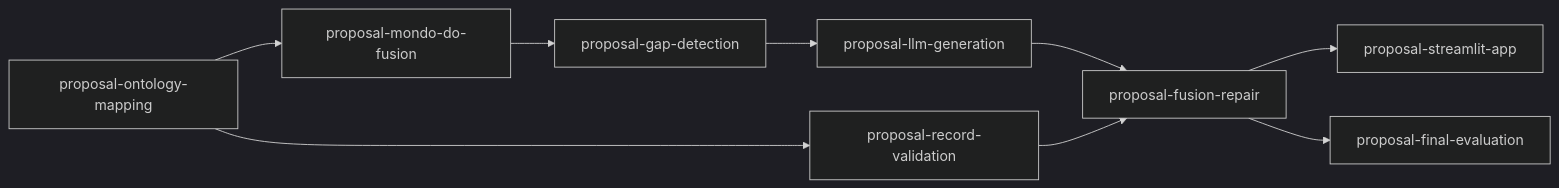
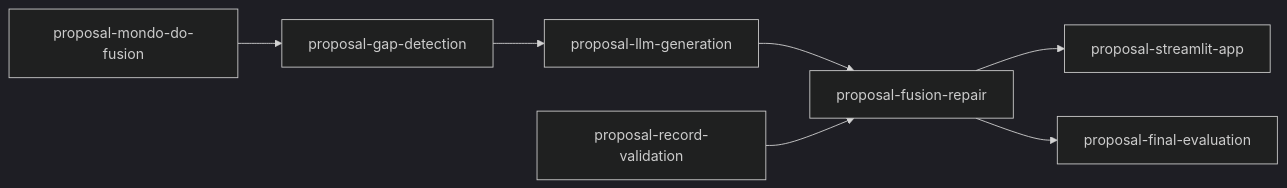
One commit to joe-dartmouth/synthetic changed the diagram in tasks/proposal-index.md. Above: the diagram before and after it, drawn with Mermaid (dark theme). The commit also changed other lines of this file and 36 other files, not shown here.

First line of the commit message:
Load MONDO and HPO and map them to UCI fields (proposal-ontology-mapping) (#9)

````diff
--- a/tasks/proposal-index.md
+++ b/tasks/proposal-index.md
@@ -21,11 +20,9 @@
 ```mermaid
 flowchart LR
-    ontology_mapping[proposal-ontology-mapping] --> mondo_do_fusion[proposal-mondo-do-fusion]
     mondo_do_fusion[proposal-mondo-do-fusion] --> gap_detection[proposal-gap-detection]
     gap_detection[proposal-gap-detection] --> llm_generation[proposal-llm-generation]
-    ontology_mapping[proposal-ontology-mapping] --> record_validation[proposal-record-validation]
     llm_generation[proposal-llm-generation] --> fusion_repair[proposal-fusion-repair]
     record_validation[proposal-record-validation] --> fusion_repair[proposal-fusion-repair]
     fusion_repair[proposal-fusion-repair] --> streamlit_app[proposal-streamlit-app]
     fusion_repair[proposal-fusion-repair] --> final_evaluation[proposal-final-evaluation]
 ```
````
